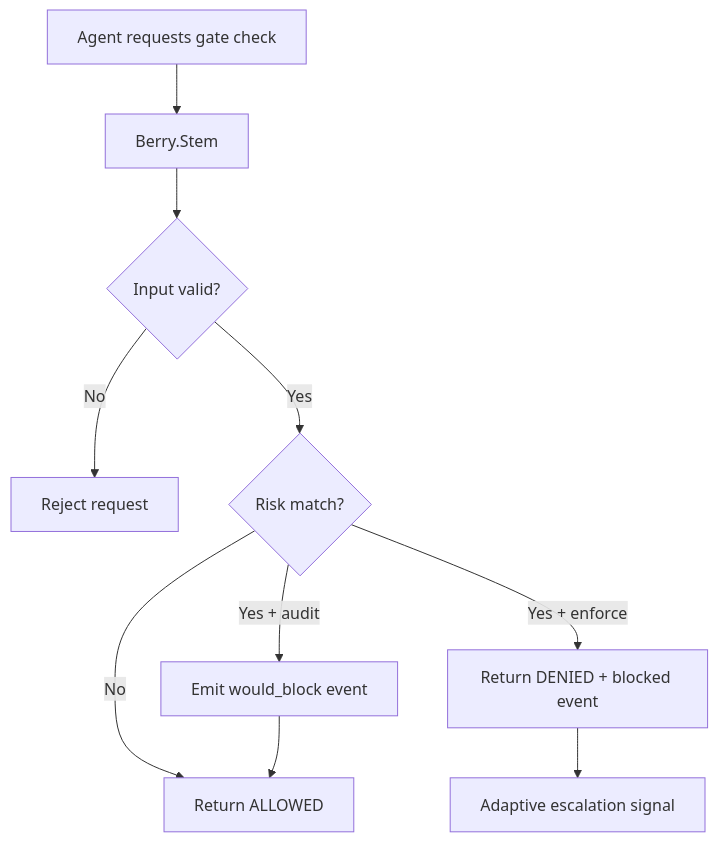
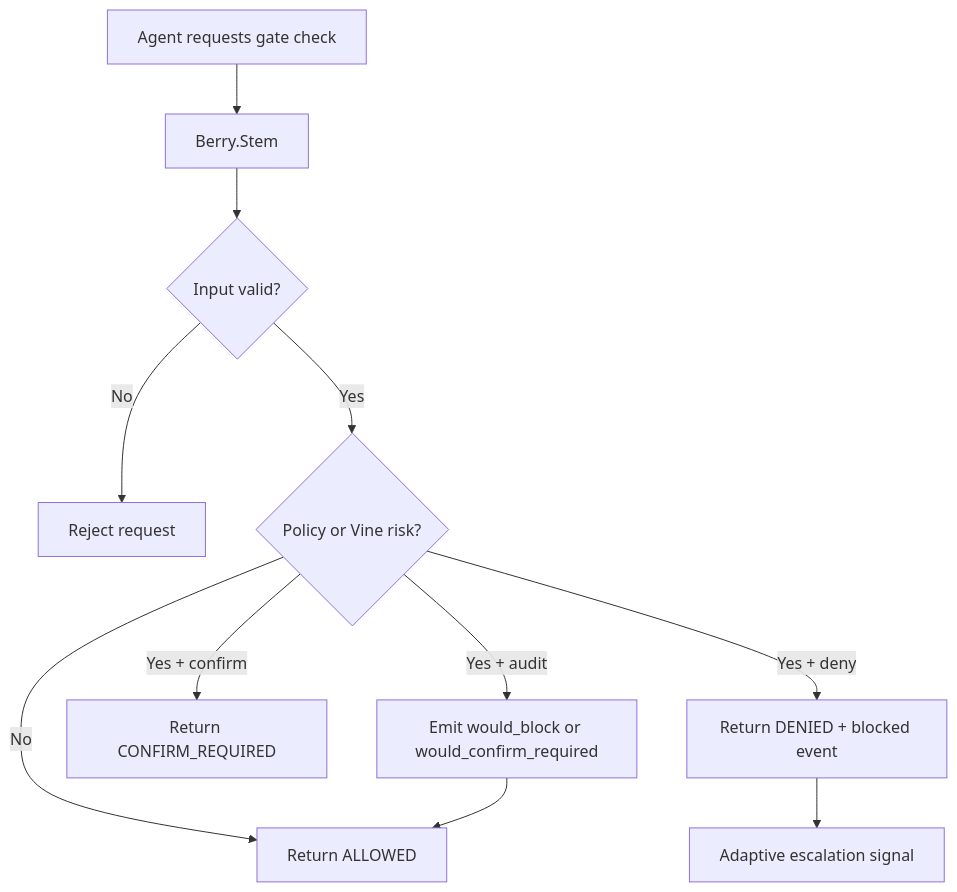
Before and after one commit to F4bioo/berry-shield: the diagram in docs/wiki/layers/stem.md, drawn with Mermaid. The commit also changed other lines of this file and 19 other files, not shown here.

Commit message:
fix(vine): unify degraded confirmation under code-based flow (#52)

````diff
--- a/docs/wiki/layers/stem.md
+++ b/docs/wiki/layers/stem.md
@@ -39,12 +39,13 @@
 ```mermaid
 flowchart TD
     A[Agent requests gate check] --> B[Berry.Stem]
     B --> C{Input valid?}
     C -->|No| E[Reject request]
-    C -->|Yes| D{Risk match?}
+    C -->|Yes| D{Policy or Vine risk?}
     D -->|No| ALLOW[Return ALLOWED]
-    D -->|Yes + audit| WB[Emit would_block event]
-    D -->|Yes + enforce| DENY[Return DENIED + blocked event]
+    D -->|Yes + audit| WB[Emit would_block or would_confirm_required]
+    D -->|Yes + confirm| CONFIRM[Return CONFIRM_REQUIRED]
+    D -->|Yes + deny| DENY[Return DENIED + blocked event]
     WB --> ALLOW
     DENY --> ESC[Adaptive escalation signal]
 ```
````
